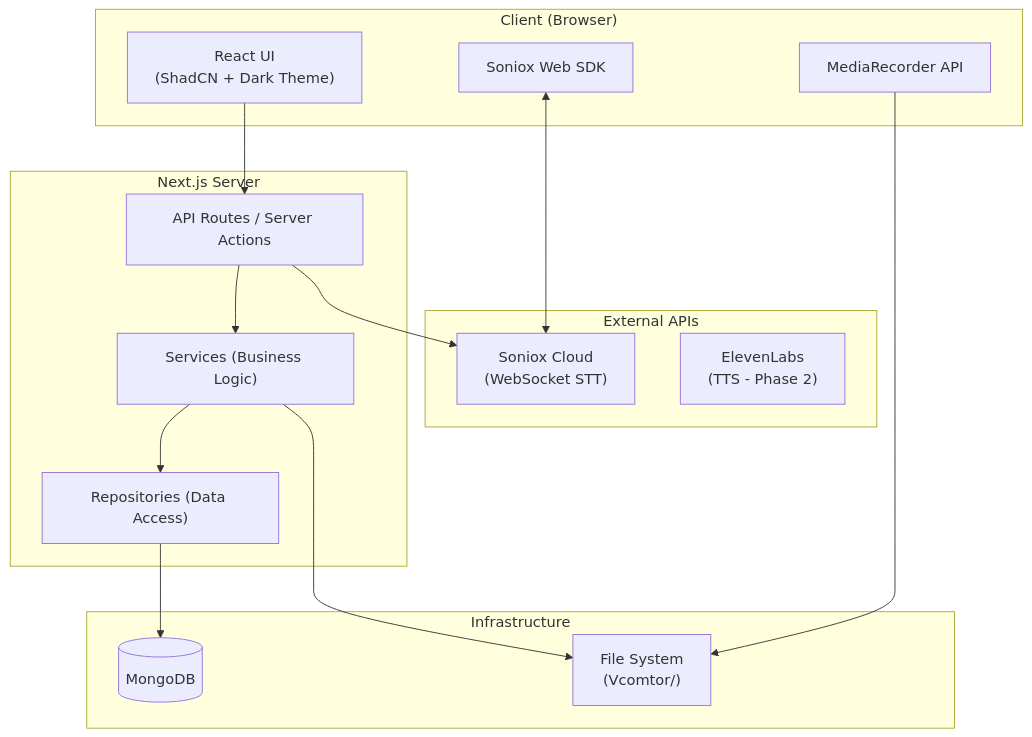
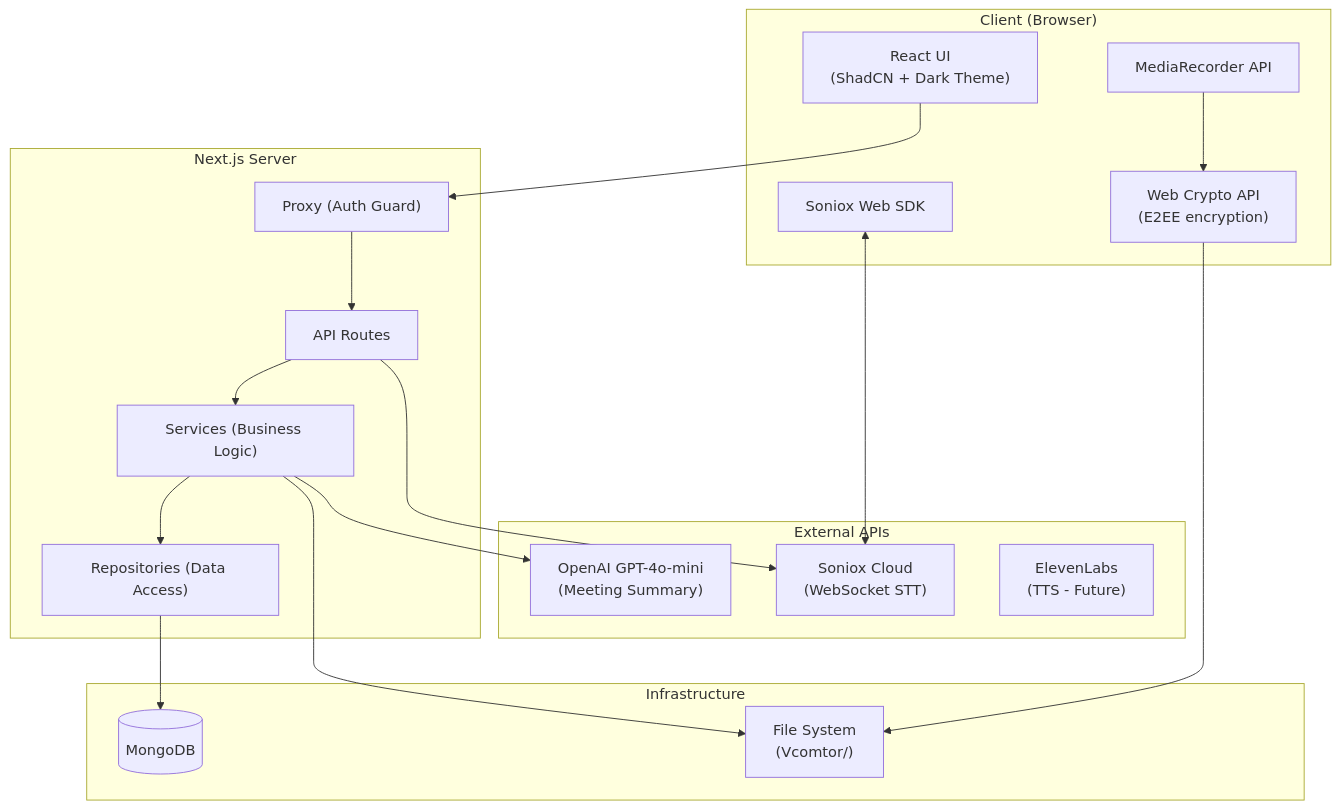
The first of 4 diagrams in architecture.md (lehanhhaidang/virtual_comtor), drawn with Mermaid before and after one commit. The commit also changed other lines of this file and 4 other files, not shown here.

````diff
--- a/architecture.md
+++ b/architecture.md
@@ -5,33 +5,39 @@
 ```mermaid
 graph TB
     subgraph "Client (Browser)"
         UI["React UI<br/>(ShadCN + Dark Theme)"]
         SDK["Soniox Web SDK"]
         REC["MediaRecorder API"]
+        E2EE["Web Crypto API<br/>(E2EE encryption)"]
     end
 
     subgraph "Next.js Server"
-        ROUTE["API Routes / Server Actions"]
+        PROXY["Proxy (Auth Guard)"]
+        ROUTE["API Routes"]
         SVC["Services (Business Logic)"]
         REPO["Repositories (Data Access)"]
     end
 
     subgraph "External APIs"
         SONIOX["Soniox Cloud<br/>(WebSocket STT)"]
-        ELEVEN["ElevenLabs<br/>(TTS - Phase 2)"]
+        OPENAI["OpenAI GPT-4o-mini<br/>(Meeting Summary)"]
+        ELEVEN["ElevenLabs<br/>(TTS - Future)"]
     end
 
     subgraph "Infrastructure"
         MONGO[(MongoDB)]
         FS["File System<br/>(Vcomtor/)"]
     end
 
-    UI --> ROUTE
+    UI --> PROXY
+    PROXY --> ROUTE
     SDK <--> SONIOX
-    REC --> FS
+    REC --> E2EE
+    E2EE --> FS
     ROUTE --> SVC
     SVC --> REPO
     REPO --> MONGO
     SVC --> FS
+    SVC --> OPENAI
     ROUTE --> SONIOX
 ```
````
